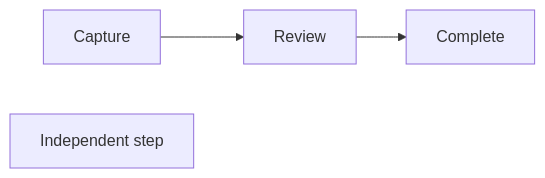
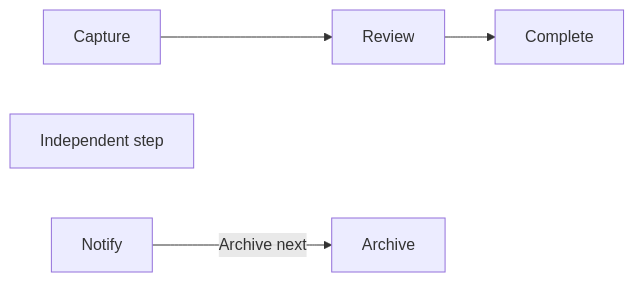
One commit to DouglasNLima/local-docs-studio changed the first of 2 diagrams in docs/native/mermaid-advanced-flowchart-partial-editing.md. Above: the diagram before and after it, drawn with Mermaid. The commit also changed other lines of this file and 39 other files, not shown here.

Commit message:
docs(native): certify advanced partial Mermaid editing and preview packages

````diff
--- a/docs/native/mermaid-advanced-flowchart-partial-editing.md
+++ b/docs/native/mermaid-advanced-flowchart-partial-editing.md
@@ -90,6 +99,7 @@
 ```mermaid
 flowchart LR
     %% Preserve this exact comment
     A["Capture"] --> B["Review"] --> C["Complete"]
     D["Independent step"]
+    E["Notify"] -->|Archive next| F["Archive"]
 ```
````
